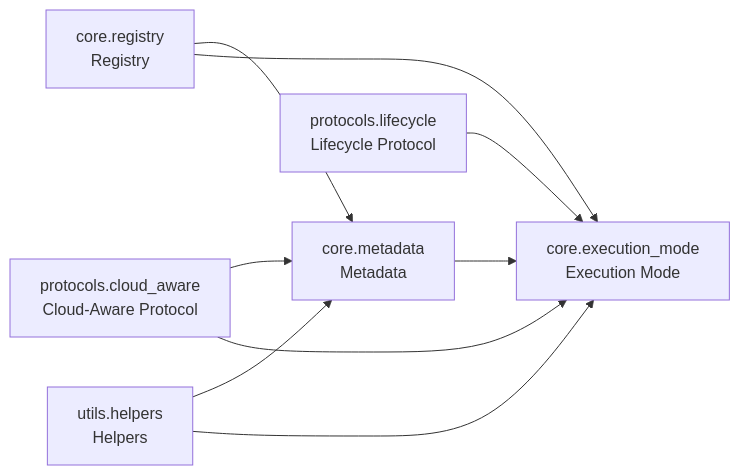
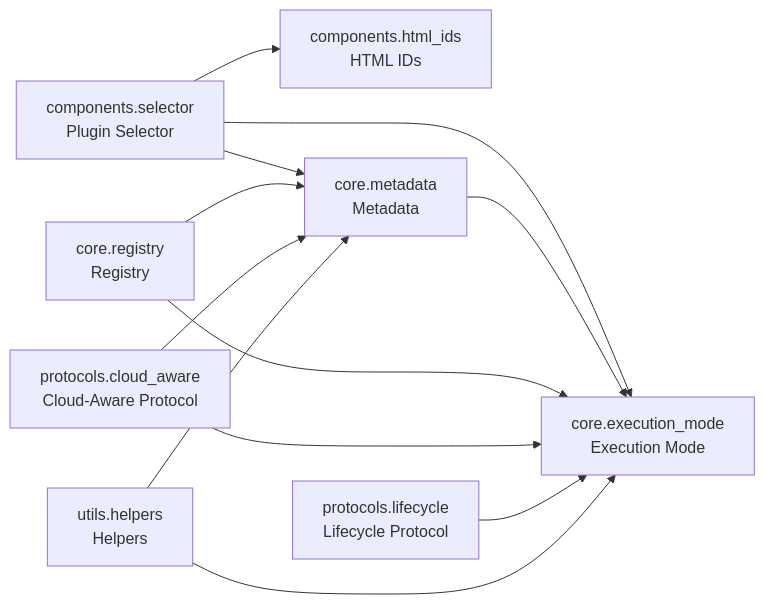
One commit to cj-mills/cjm-fasthtml-plugins changed the diagram in README.md. Above: the diagram before and after it, drawn with Mermaid. The commit also changed other lines of this file and 10 other files, not shown here.

Commit message:
Add reusable plugin selection UI components.

````diff
--- a/README.md
+++ b/README.md
@@ -29,18 +32,23 @@
 ``` mermaid
 graph LR
+    components_html_ids[components.html_ids<br/>HTML IDs]
+    components_selector[components.selector<br/>Plugin Selector]
     core_execution_mode[core.execution_mode<br/>Execution Mode]
     core_metadata[core.metadata<br/>Metadata]
     core_registry[core.registry<br/>Registry]
     protocols_cloud_aware[protocols.cloud_aware<br/>Cloud-Aware Protocol]
     protocols_lifecycle[protocols.lifecycle<br/>Lifecycle Protocol]
     utils_helpers[utils.helpers<br/>Helpers]
 
+    components_selector --> core_execution_mode
+    components_selector --> components_html_ids
+    components_selector --> core_metadata
     core_metadata --> core_execution_mode
+    core_registry --> core_execution_mode
     core_registry --> core_metadata
-    core_registry --> core_execution_mode
+    protocols_cloud_aware --> core_execution_mode
     protocols_cloud_aware --> core_metadata
-    protocols_cloud_aware --> core_execution_mode
     protocols_lifecycle --> core_execution_mode
+    utils_helpers --> core_execution_mode
     utils_helpers --> core_metadata
-    utils_helpers --> core_execution_mode
 ```
````
